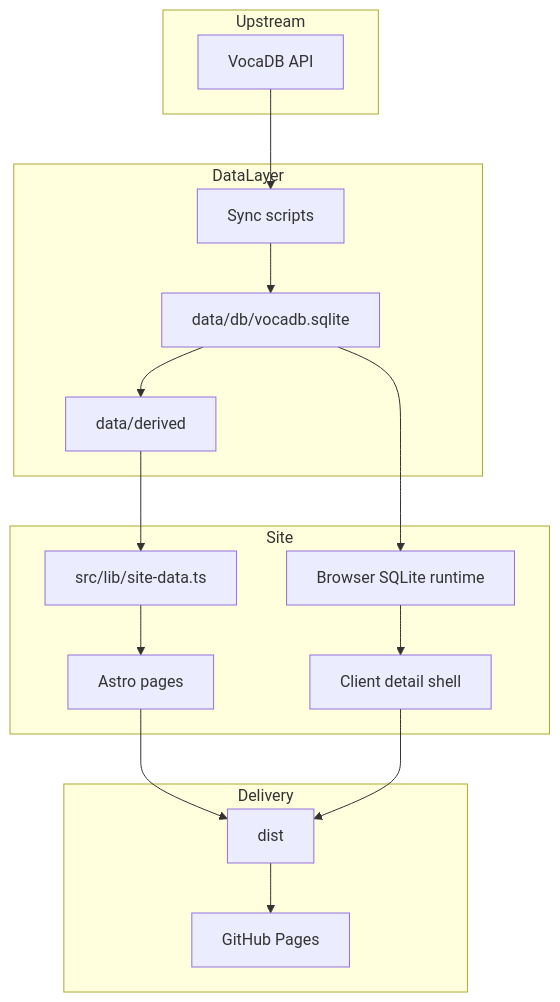
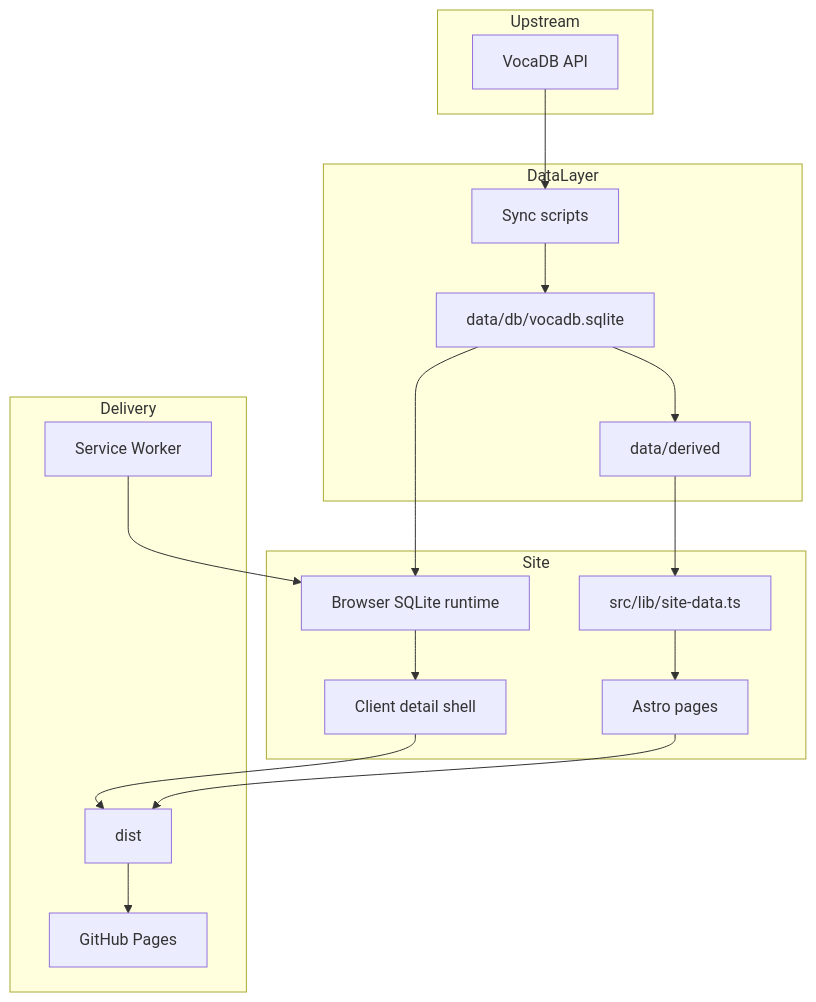
Before and after one commit to tokuseiHagane/MyMikuGuide: the diagram in docs/architecture.md, drawn with Mermaid. The commit also changed other lines of this file and 5 other files, not shown here.

````diff
--- a/docs/architecture.md
+++ b/docs/architecture.md
@@ -7,35 +7,37 @@
 ```mermaid
 flowchart TD
     subgraph Upstream
         A[VocaDB API]
     end
 
     subgraph DataLayer
         B[Sync scripts]
         C[data/db/vocadb.sqlite]
         D[data/derived]
     end
 
     subgraph Site
         E[src/lib/site-data.ts]
         F[Astro pages]
         G[Client detail shell]
         H[Browser SQLite runtime]
     end
 
     subgraph Delivery
         I[dist]
+        SW[Service Worker]
         J[GitHub Pages]
     end
 
     A --> B
     B --> C
     C --> D
     D --> E
     E --> F
     C --> H
     H --> G
     F --> I
     G --> I
+    SW --> H
     I --> J
 ```
````
